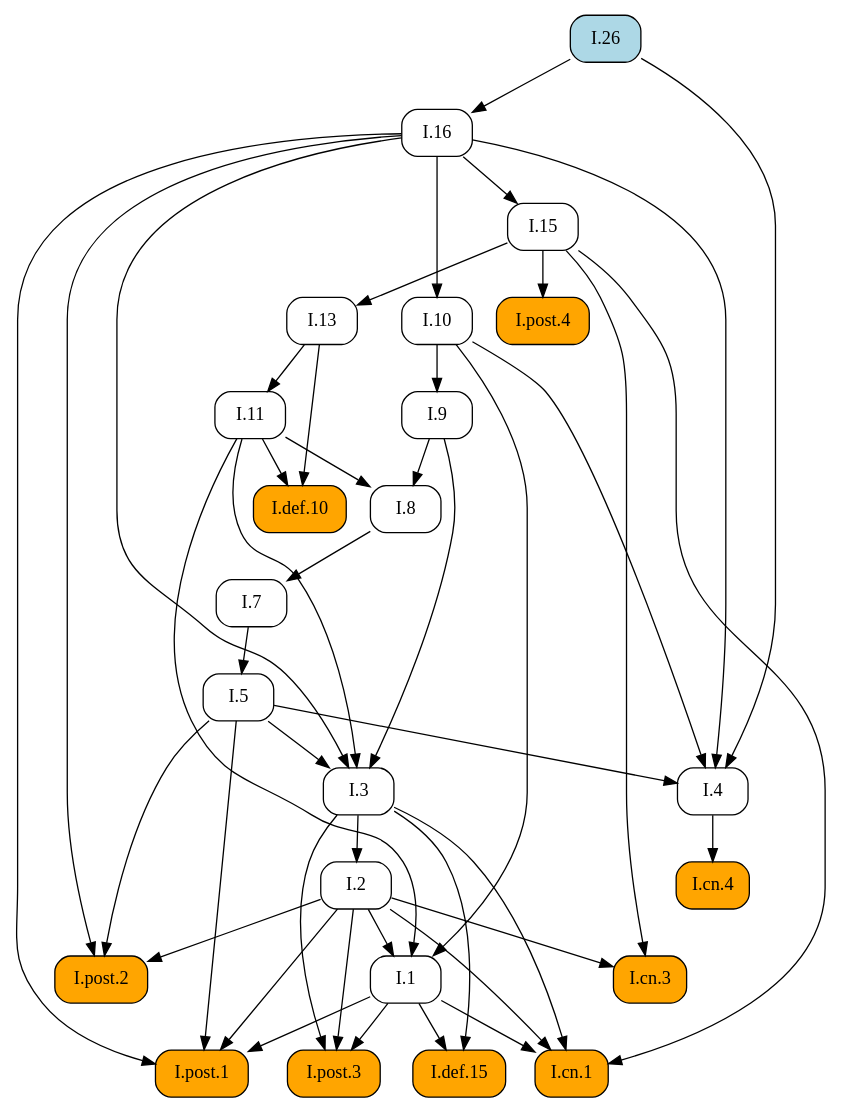
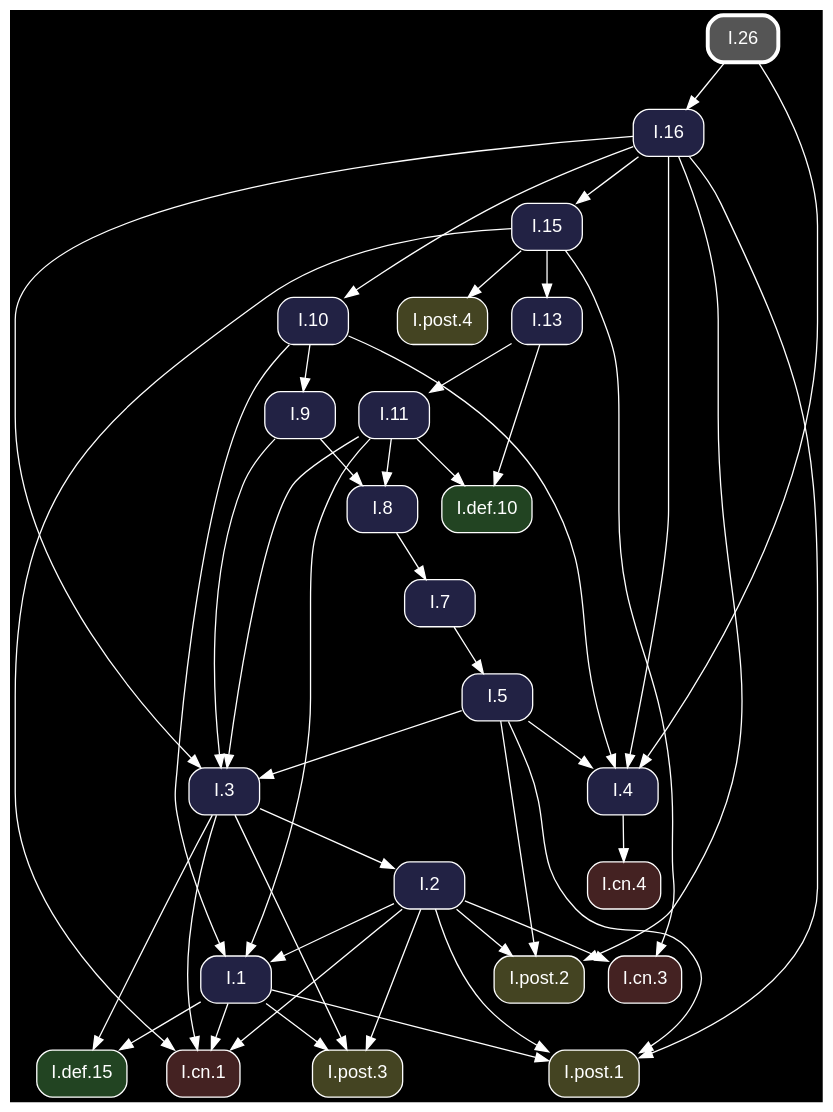
Before and after one commit to geometor/elements: the diagram in docsrc/heath/I/26/index.rst, drawn with Graphviz. The commit also changed other lines of this file and 1200 other files, not shown here.

Commit message:
update dependency graphs

```diff
--- a/docsrc/heath/I/26/index.rst
+++ b/docsrc/heath/I/26/index.rst
@@ -80,73 +80,75 @@
 .. graphviz::
 
    digraph {
+     bgcolor="black";
+     node [shape=box, style="rounded,filled", fontname="Helvetica", color="white", fontcolor="white"];
+     edge [color="white", fontcolor="white"];
      rankdir="TB";
-     node [shape=box, style=rounded];
-     "I.9" [URL="/heath/I/9/", target="_top"];
-     "I.cn.1" [style="rounded,filled", fillcolor=orange, URL="/heath/I/cn.1/", target="_top"];
-     "I.7" [URL="/heath/I/7/", target="_top"];
-     "I.2" [URL="/heath/I/2/", target="_top"];
-     "I.def.15" [style="rounded,filled", fillcolor=orange, URL="/heath/I/def.15/", target="_top"];
-     "I.13" [URL="/heath/I/13/", target="_top"];
-     "I.post.4" [style="rounded,filled", fillcolor=orange, URL="/heath/I/post.4/", target="_top"];
-     "I.4" [URL="/heath/I/4/", target="_top"];
-     "I.1" [URL="/heath/I/1/", target="_top"];
-     "I.post.3" [style="rounded,filled", fillcolor=orange, URL="/heath/I/post.3/", target="_top"];
-     "I.post.1" [style="rounded,filled", fillcolor=orange, URL="/heath/I/post.1/", target="_top"];
-     "I.5" [URL="/heath/I/5/", target="_top"];
-     "I.8" [URL="/heath/I/8/", target="_top"];
-     "I.cn.3" [style="rounded,filled", fillcolor=orange, URL="/heath/I/cn.3/", target="_top"];
-     "I.16" [URL="/heath/I/16/", target="_top"];
-     "I.def.10" [style="rounded,filled", fillcolor=orange, URL="/heath/I/def.10/", target="_top"];
-     "I.15" [URL="/heath/I/15/", target="_top"];
-     "I.10" [URL="/heath/I/10/", target="_top"];
-     "I.11" [URL="/heath/I/11/", target="_top"];
-     "I.cn.4" [style="rounded,filled", fillcolor=orange, URL="/heath/I/cn.4/", target="_top"];
-     "I.post.2" [style="rounded,filled", fillcolor=orange, URL="/heath/I/post.2/", target="_top"];
-     "I.26" [style="rounded,filled", fillcolor=lightblue, URL="/heath/I/26/", target="_top"];
-     "I.3" [URL="/heath/I/3/", target="_top"];
-     "I.10" -> "I.9";
+     "I.3" [fillcolor="#222244", URL="/heath/I/3/", target="_top"];
+     "I.post.1" [fillcolor="#444422", URL="/heath/I/post.1/", target="_top"];
+     "I.cn.1" [fillcolor="#442222", URL="/heath/I/cn.1/", target="_top"];
+     "I.def.10" [fillcolor="#224422", URL="/heath/I/def.10/", target="_top"];
+     "I.15" [fillcolor="#222244", URL="/heath/I/15/", target="_top"];
+     "I.11" [fillcolor="#222244", URL="/heath/I/11/", target="_top"];
+     "I.16" [fillcolor="#222244", URL="/heath/I/16/", target="_top"];
+     "I.cn.3" [fillcolor="#442222", URL="/heath/I/cn.3/", target="_top"];
+     "I.13" [fillcolor="#222244", URL="/heath/I/13/", target="_top"];
+     "I.2" [fillcolor="#222244", URL="/heath/I/2/", target="_top"];
+     "I.post.2" [fillcolor="#444422", URL="/heath/I/post.2/", target="_top"];
+     "I.cn.4" [fillcolor="#442222", URL="/heath/I/cn.4/", target="_top"];
+     "I.9" [fillcolor="#222244", URL="/heath/I/9/", target="_top"];
+     "I.1" [fillcolor="#222244", URL="/heath/I/1/", target="_top"];
+     "I.post.4" [fillcolor="#444422", URL="/heath/I/post.4/", target="_top"];
+     "I.26" [penwidth=3, color="white", fillcolor="#555555", URL="/heath/I/26/", target="_top"];
+     "I.8" [fillcolor="#222244", URL="/heath/I/8/", target="_top"];
+     "I.4" [fillcolor="#222244", URL="/heath/I/4/", target="_top"];
+     "I.post.3" [fillcolor="#444422", URL="/heath/I/post.3/", target="_top"];
+     "I.7" [fillcolor="#222244", URL="/heath/I/7/", target="_top"];
+     "I.def.15" [fillcolor="#224422", URL="/heath/I/def.15/", target="_top"];
+     "I.5" [fillcolor="#222244", URL="/heath/I/5/", target="_top"];
+     "I.10" [fillcolor="#222244", URL="/heath/I/10/", target="_top"];
+     "I.5" -> "I.3";
+     "I.9" -> "I.3";
+     "I.11" -> "I.3";
+     "I.16" -> "I.3";
+     "I.1" -> "I.post.1";
+     "I.2" -> "I.post.1";
+     "I.5" -> "I.post.1";
+     "I.16" -> "I.post.1";
      "I.1" -> "I.cn.1";
      "I.2" -> "I.cn.1";
      "I.3" -> "I.cn.1";
      "I.15" -> "I.cn.1";
-     "I.8" -> "I.7";
+     "I.11" -> "I.def.10";
+     "I.13" -> "I.def.10";
+     "I.16" -> "I.15";
+     "I.13" -> "I.11";
+     "I.26" -> "I.16";
+     "I.2" -> "I.cn.3";
+     "I.15" -> "I.cn.3";
+     "I.15" -> "I.13";
      "I.3" -> "I.2";
-     "I.1" -> "I.def.15";
-     "I.3" -> "I.def.15";
-     "I.15" -> "I.13";
+     "I.2" -> "I.post.2";
+     "I.5" -> "I.post.2";
+     "I.16" -> "I.post.2";
+     "I.4" -> "I.cn.4";
+     "I.10" -> "I.9";
+     "I.2" -> "I.1";
+     "I.10" -> "I.1";
+     "I.11" -> "I.1";
      "I.15" -> "I.post.4";
+     "I.9" -> "I.8";
+     "I.11" -> "I.8";
      "I.5" -> "I.4";
      "I.10" -> "I.4";
      "I.16" -> "I.4";
      "I.26" -> "I.4";
-     "I.2" -> "I.1";
-     "I.10" -> "I.1";
-     "I.11" -> "I.1";
      "I.1" -> "I.post.3";
      "I.2" -> "I.post.3";
      "I.3" -> "I.post.3";
-     "I.1" -> "I.post.1";
-     "I.2" -> "I.post.1";
-     "I.5" -> "I.post.1";
-     "I.16" -> "I.post.1";
+     "I.8" -> "I.7";
+     "I.1" -> "I.def.15";
+     "I.3" -> "I.def.15";
      "I.7" -> "I.5";
-     "I.9" -> "I.8";
-     "I.11" -> "I.8";
-     "I.2" -> "I.cn.3";
-     "I.15" -> "I.cn.3";
-     "I.26" -> "I.16";
-     "I.11" -> "I.def.10";
-     "I.13" -> "I.def.10";
-     "I.16" -> "I.15";
      "I.16" -> "I.10";
-     "I.13" -> "I.11";
-     "I.4" -> "I.cn.4";
-     "I.2" -> "I.post.2";
-     "I.5" -> "I.post.2";
-     "I.16" -> "I.post.2";
-     "I.5" -> "I.3";
-     "I.9" -> "I.3";
-     "I.11" -> "I.3";
-     "I.16" -> "I.3";
    }
```
